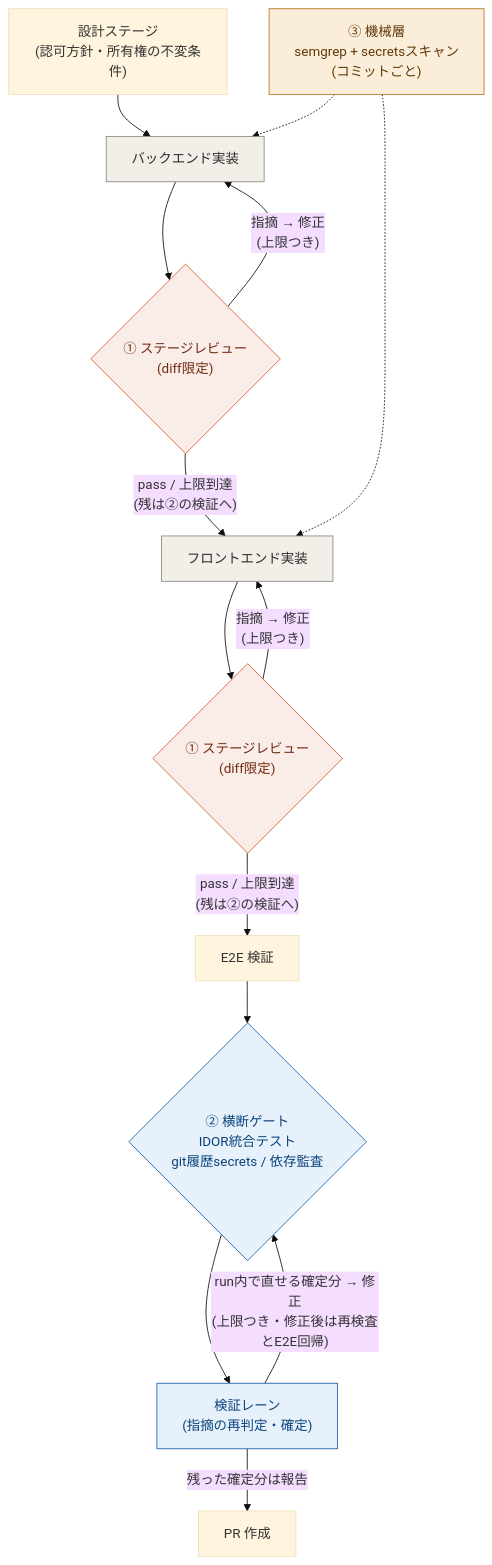
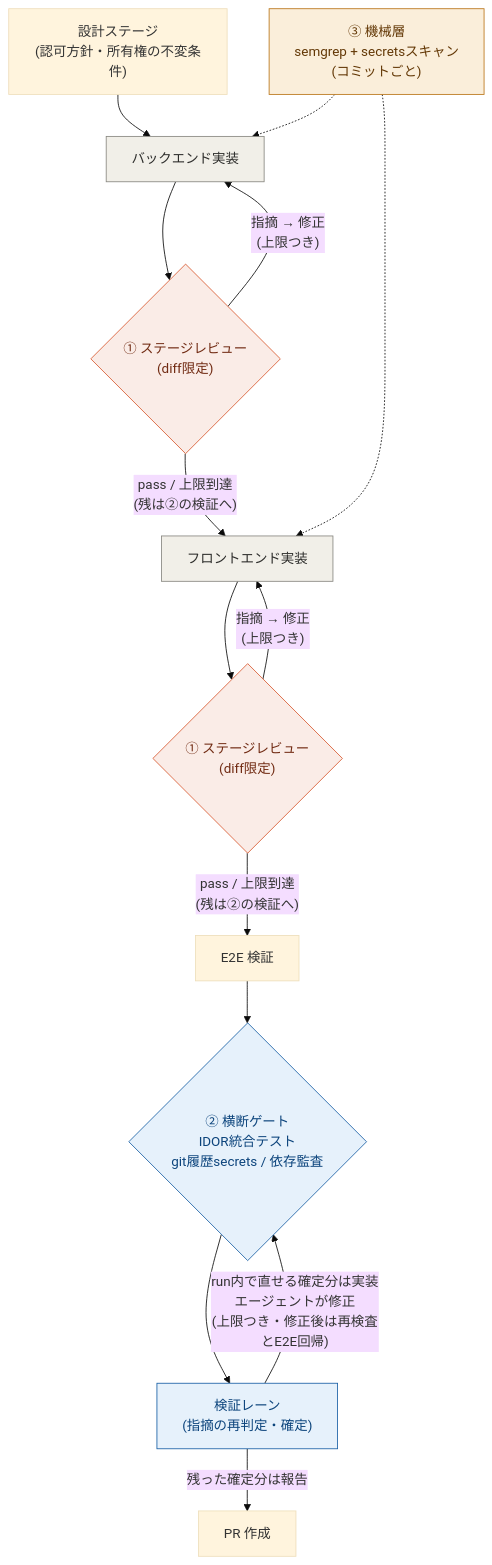
Before and after one commit to t-mizumoto1203/zenn-tech-blog: the diagram in articles/20260724-d13745952c41e2.md, drawn with Mermaid (base theme).

Commit message:
mermaid図の②修正ループのラベルに修正の担い手（実装エージェント）を明記

````diff
--- a/articles/20260724-d13745952c41e2.md
+++ b/articles/20260724-d13745952c41e2.md
@@ -97,24 +97,24 @@
 ```mermaid
 flowchart TD
     D["設計ステージ<br>(認可方針・所有権の不変条件)"] --> B["バックエンド実装"]
     B --> BR{"① ステージレビュー<br>(diff限定)"}
     BR -->|"指摘 → 修正<br>(上限つき)"| B
     BR -->|"pass / 上限到達<br>(残は②の検証へ)"| F["フロントエンド実装"]
     F --> FR{"① ステージレビュー<br>(diff限定)"}
     FR -->|"指摘 → 修正<br>(上限つき)"| F
     FR -->|"pass / 上限到達<br>(残は②の検証へ)"| E["E2E 検証"]
     E --> G{"② 横断ゲート<br>IDOR統合テスト<br>git履歴secrets / 依存監査"}
     G --> V["検証レーン<br>(指摘の再判定・確定)"]
-    V -->|"run内で直せる確定分 → 修正<br>(上限つき・修正後は再検査とE2E回帰)"| G
+    V -->|"run内で直せる確定分は実装エージェントが修正<br>(上限つき・修正後は再検査とE2E回帰)"| G
     V -->|"残った確定分は報告"| P["PR 作成"]
     M["③ 機械層<br>semgrep + secretsスキャン<br>(コミットごと)"] -.-> B
     M -.-> F
     classDef l1 fill:#FAECE7,stroke:#D85A30,color:#712B13
     classDef l2 fill:#E6F1FB,stroke:#185FA5,color:#0C447C
     classDef l3 fill:#FAEEDA,stroke:#BA7517,color:#633806
     classDef impl fill:#F1EFE8,stroke:#888780,color:#2C2C2A
     class BR,FR l1
     class G,V l2
     class M l3
     class B,F impl
 ```
````
